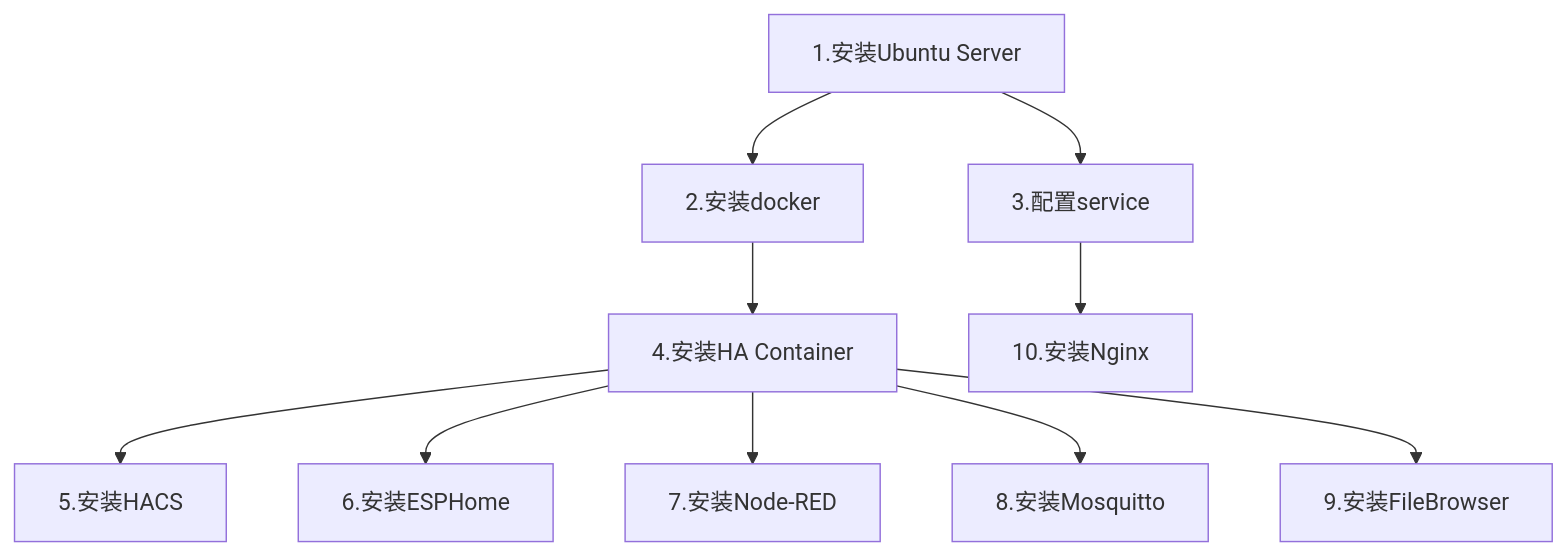
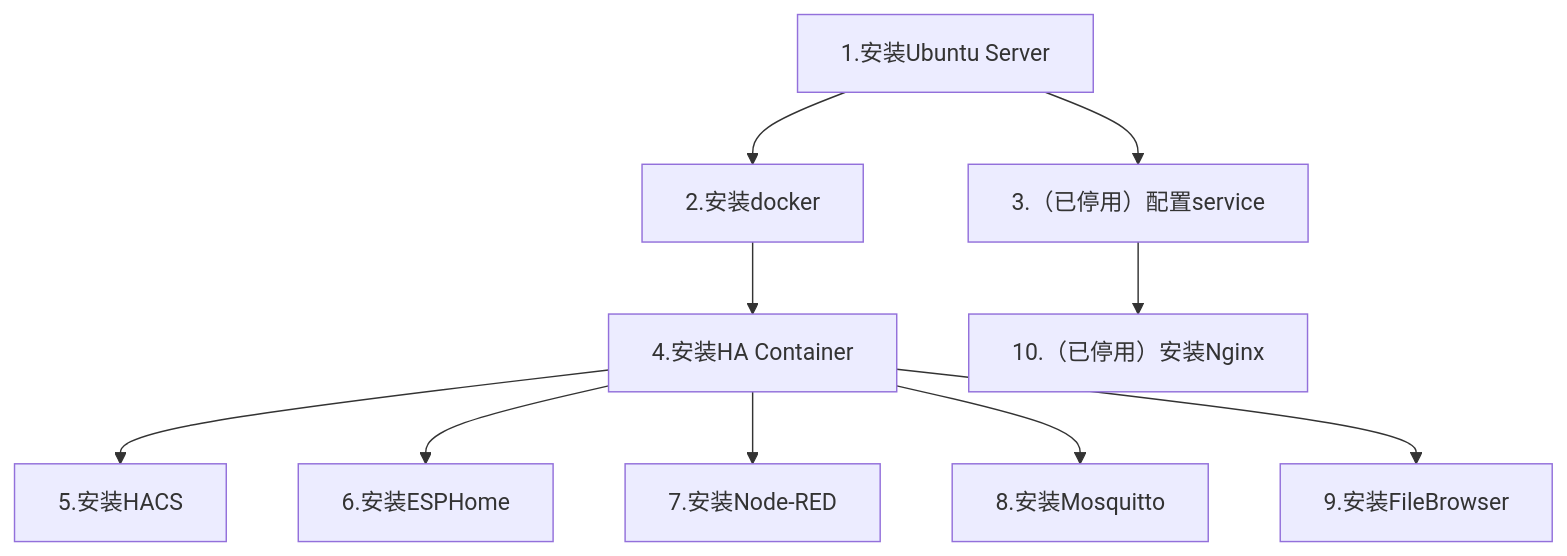
The diagram in HA_Container方式安装/README.md (ZDZX-T/ZDZX_Smart_Home), drawn with Mermaid before and after one commit. The commit also changed other lines of this file and 3 other files, not shown here.

````diff
--- a/HA_Container方式安装/README.md
+++ b/HA_Container方式安装/README.md
@@ -6,12 +8,12 @@
 ```mermaid
 flowchart TD
     A[1.安装Ubuntu Server] -->B[2.安装docker]
-    A-->C[3.配置service]
+    A-->C[3.（已停用）配置service]
     B-->D[4.安装HA Container]
     D-->E[5.安装HACS]
     D-->F[6.安装ESPHome]
     D-->G[7.安装Node-RED]
     D-->H[8.安装Mosquitto]
     D-->I[9.安装FileBrowser]
-    C-->J[10.安装Nginx]
+    C-->J[10.（已停用）安装Nginx]
 ```
````
